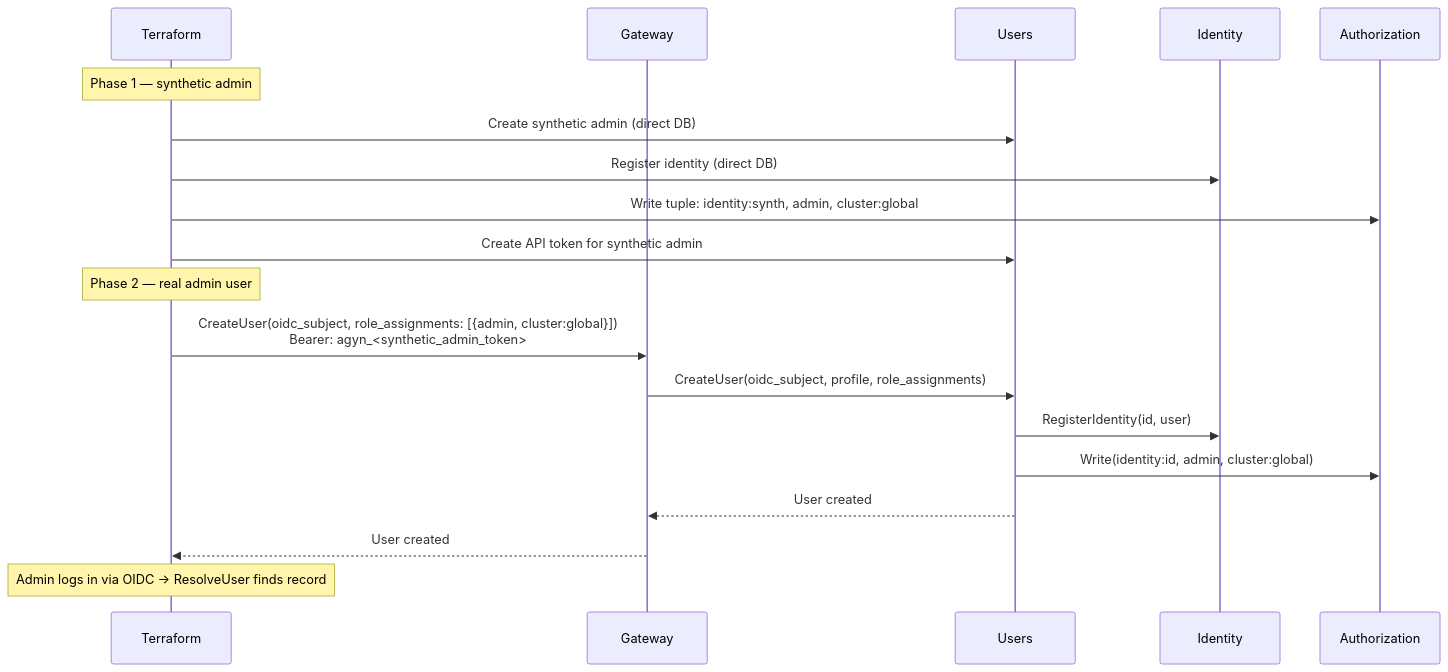
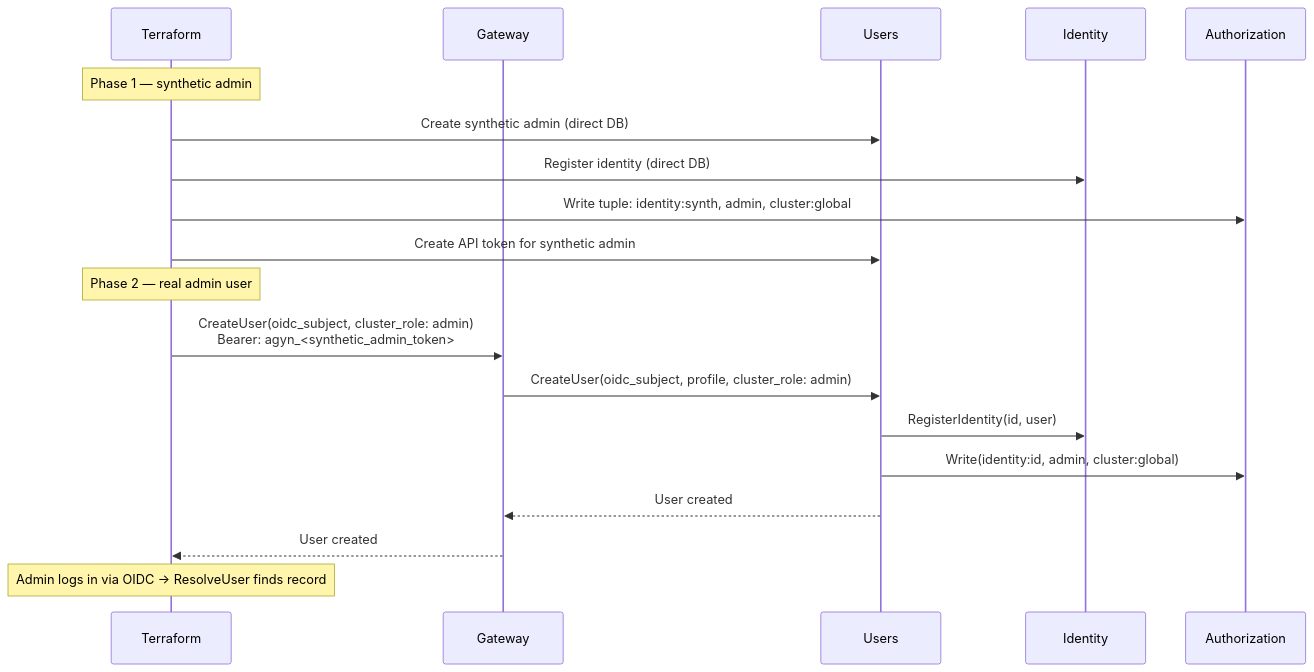
The first of 2 diagrams in architecture/users.md (agynio/architecture), drawn with Mermaid before and after one commit. The commit also changed other lines of this file and 1 other file, not shown here.

First line of the commit message:
Simplify CreateUser — single cluster_role field

````diff
--- a/architecture/users.md
+++ b/architecture/users.md
@@ -99,22 +94,22 @@
 ```mermaid
 sequenceDiagram
     participant TF as Terraform
     participant GW as Gateway
     participant US as Users
     participant IS as Identity
     participant Auth as Authorization
 
     Note over TF: Phase 1 — synthetic admin
     TF->>US: Create synthetic admin (direct DB)
     TF->>IS: Register identity (direct DB)
     TF->>Auth: Write tuple: identity:synth, admin, cluster:global
     TF->>US: Create API token for synthetic admin
     Note over TF: Phase 2 — real admin user
-    TF->>GW: CreateUser(oidc_subject, role_assignments: [{admin, cluster:global}])<br/>Bearer: agyn_<synthetic_admin_token>
-    GW->>US: CreateUser(oidc_subject, profile, role_assignments)
+    TF->>GW: CreateUser(oidc_subject, cluster_role: admin)<br/>Bearer: agyn_<synthetic_admin_token>
+    GW->>US: CreateUser(oidc_subject, profile, cluster_role: admin)
     US->>IS: RegisterIdentity(id, user)
     US->>Auth: Write(identity:id, admin, cluster:global)
     US-->>GW: User created
     GW-->>TF: User created
     Note over TF: Admin logs in via OIDC → ResolveUser finds record
 ```
````
